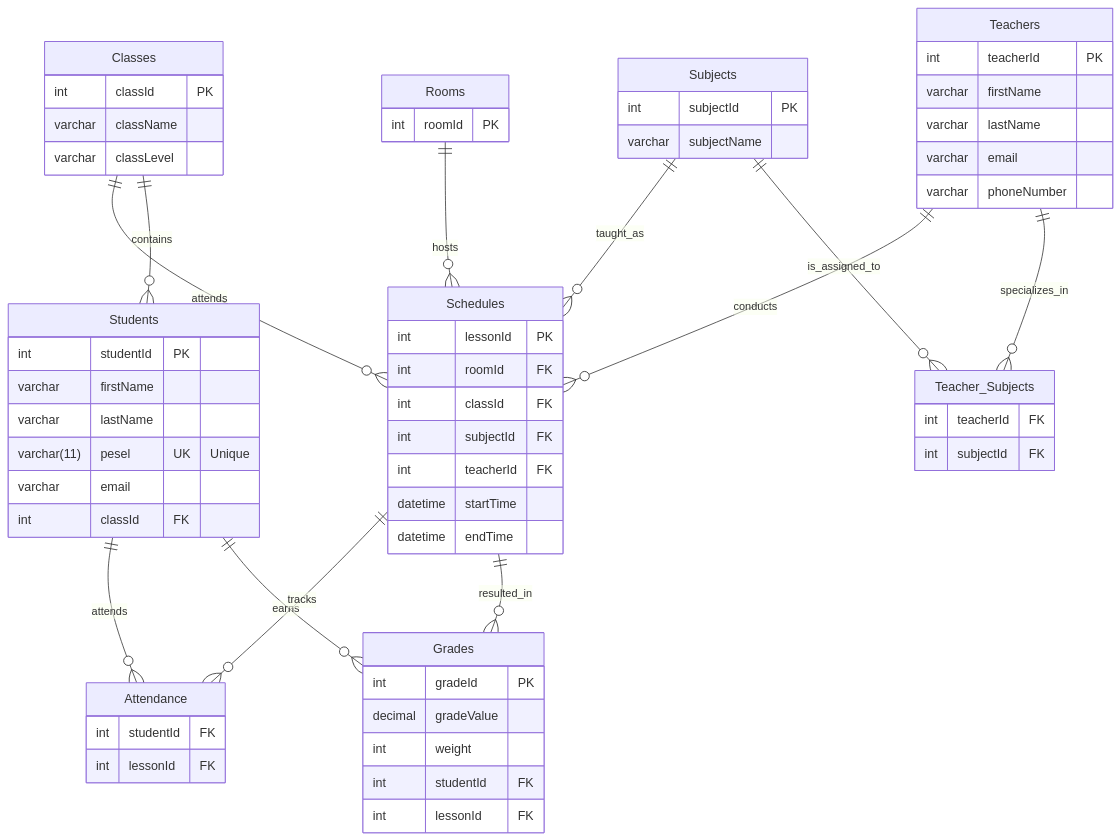
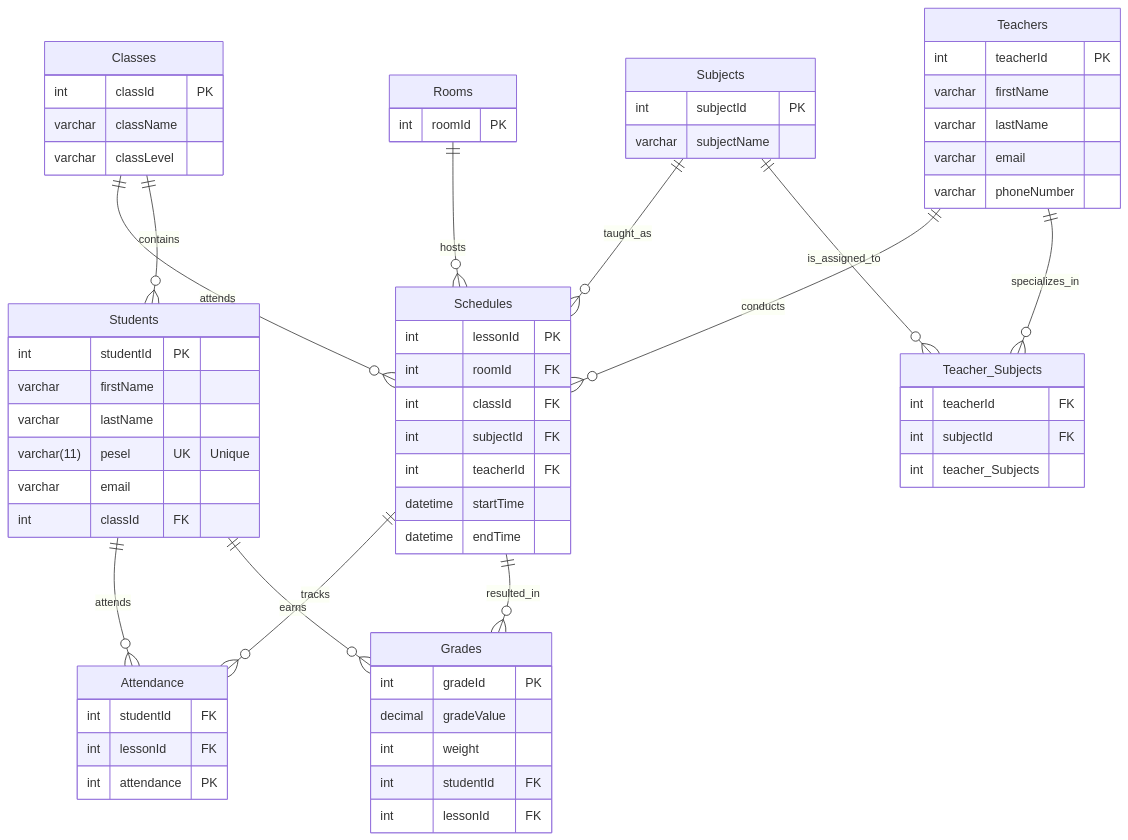
Before and after one commit to vert2kys/School-Database-Project: the diagram in README.md, drawn with Mermaid.

Commit message:
README.md

```diff
--- a/README.md
+++ b/README.md
@@ -90,11 +90,13 @@
     Teacher_Subjects {
         int teacherId FK
         int subjectId FK
+        int teacher_Subjects
     }
 
     Attendance {
      int studentId FK
         int lessonId FK
+        int attendance PK
 }
 
 
```
